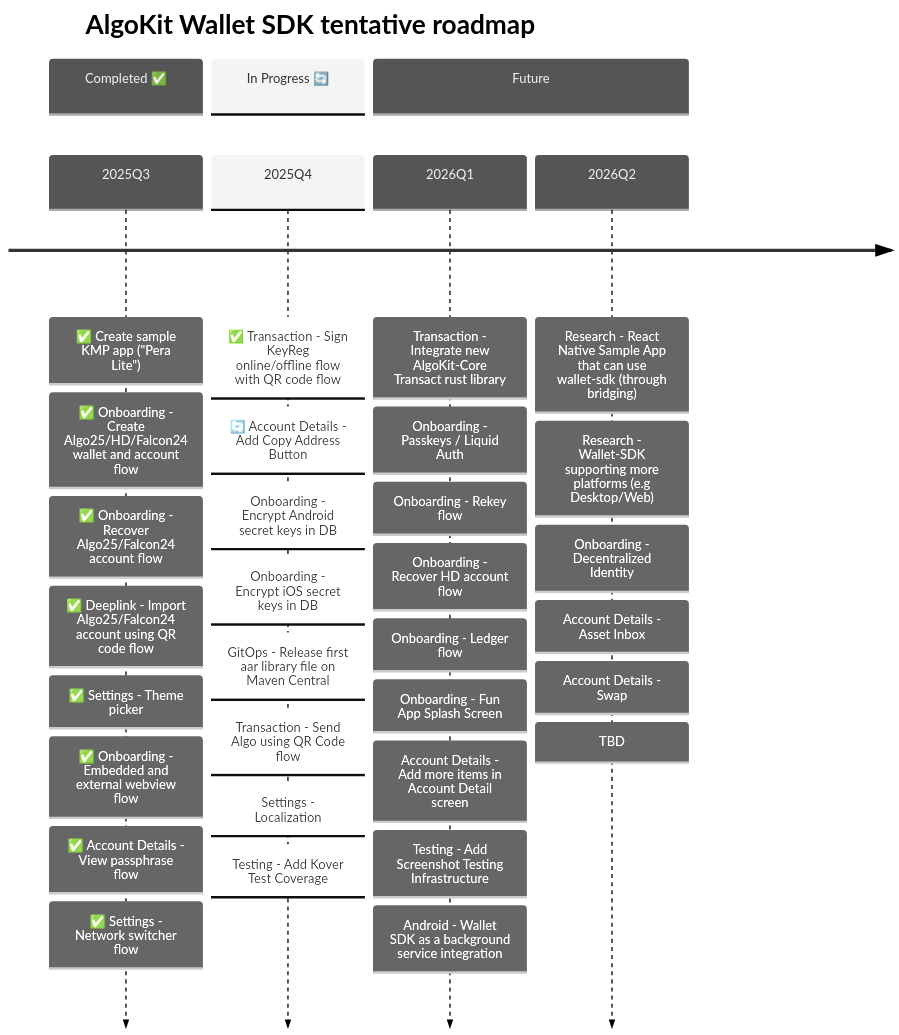
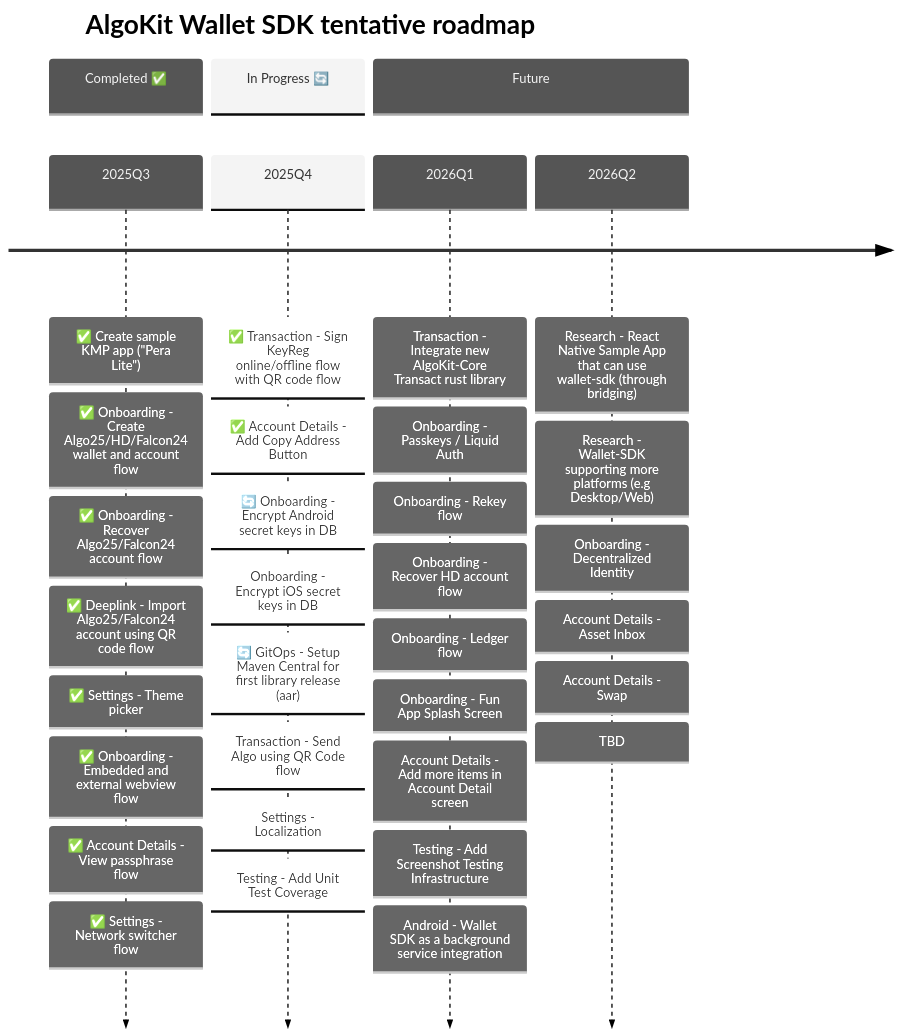
Before and after one commit to michaeltchuang/algokit-walletsdk-kmp: the second of 3 diagrams in README.md, drawn with Mermaid. The commit also changed 12 other files, not shown here.

Commit message:
feat: Add Copy Button into Account Details Screen & Fix Link on Transaction Success Screen (#84)

````diff
--- a/README.md
+++ b/README.md
@@ -47,45 +47,45 @@
 ```mermaid
 ---
 config:
   theme: 'neutral'
 ---
 timeline
     title AlgoKit Wallet SDK tentative roadmap
 
     section Completed ✅
     2025Q3  : ✅ Create sample KMP app ("Pera Lite")
             : ✅ Onboarding - Create Algo25/HD/Falcon24 wallet and account flow
             : ✅ Onboarding - Recover Algo25/Falcon24 account flow
             : ✅ Deeplink - Import Algo25/Falcon24 account using QR code flow
             : ✅ Settings - Theme picker
             : ✅ Onboarding - Embedded and external webview flow
             : ✅ Account Details - View passphrase flow
             : ✅ Settings - Network switcher flow
 
     section In Progress 🔄
     2025Q4  : ✅ Transaction - Sign KeyReg online/offline flow with QR code flow
-            : 🔄 Account Details - Add Copy Address Button
-            : Onboarding - Encrypt Android secret keys in DB
+            : ✅ Account Details - Add Copy Address Button
+            : 🔄 Onboarding - Encrypt Android secret keys in DB
             : Onboarding - Encrypt iOS secret keys in DB
-            : GitOps - Release first aar library file on Maven Central
+            : 🔄 GitOps - Setup Maven Central for first library release (aar)
             : Transaction - Send Algo using QR Code flow
             : Settings - Localization
-            : Testing - Add Kover Test Coverage
+            : Testing - Add Unit Test Coverage
 
     section Future
     2026Q1  : Transaction - Integrate new AlgoKit-Core Transact rust library
             : Onboarding - Passkeys / Liquid Auth
             : Onboarding - Rekey flow
             : Onboarding - Recover HD account flow
             : Onboarding - Ledger flow
             : Onboarding - Fun App Splash Screen
             : Account Details - Add more items in Account Detail screen
             : Testing - Add Screenshot Testing Infrastructure
             : Android - Wallet SDK as a background service integration
     2026Q2  : Research - React Native Sample App that can use wallet-sdk (through bridging)
             : Research - Wallet-SDK supporting more platforms (e.g Desktop/Web)
             : Onboarding - Decentralized Identity
             : Account Details - Asset Inbox
             : Account Details - Swap
             : TBD
 ```
````
